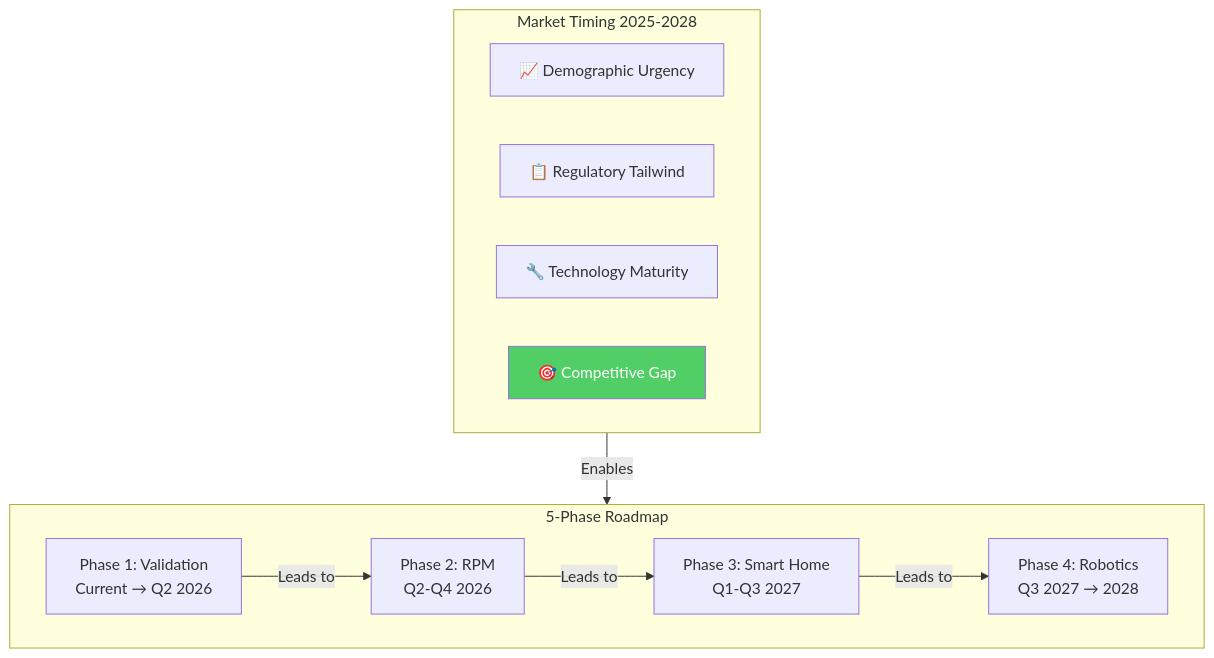
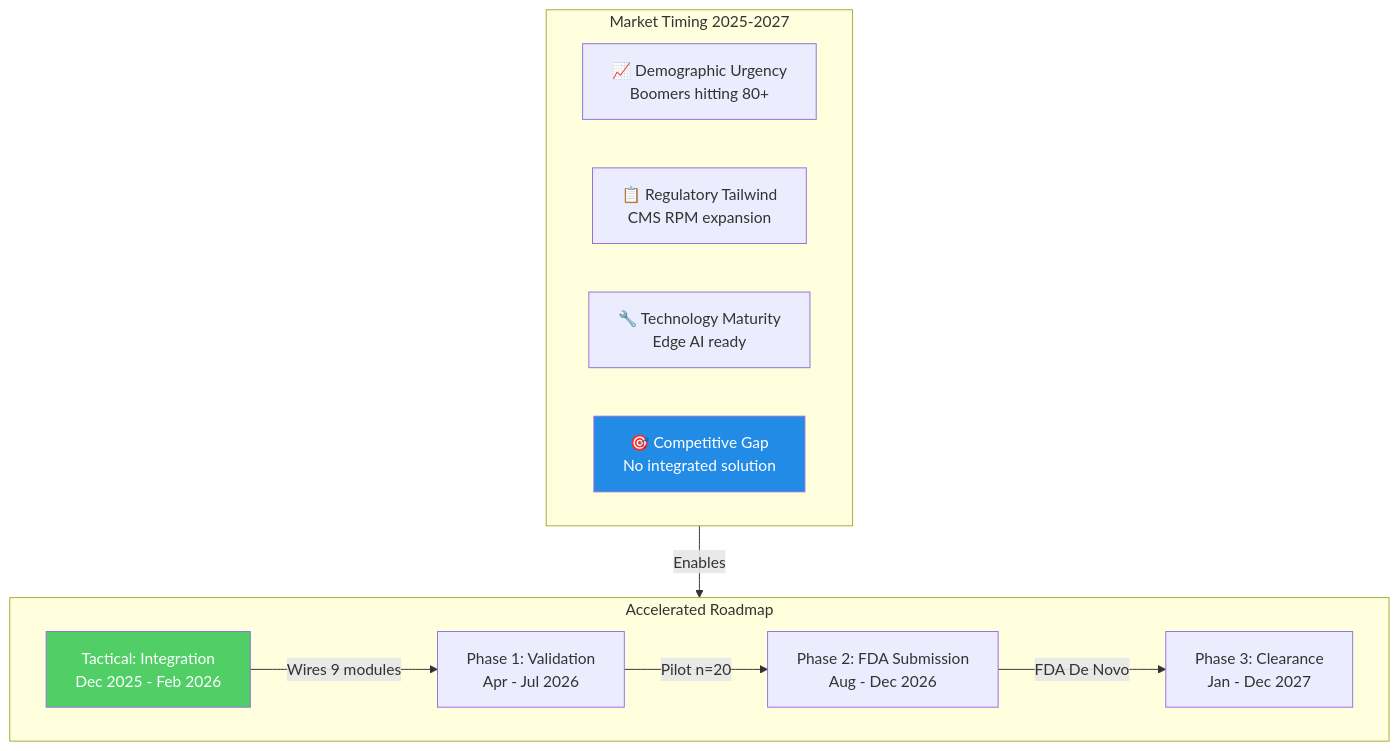
The eighth of 11 diagrams in docs/INVESTOR_OVERVIEW.md (asq-sheriff/SHOWCASE_REPO-Therapeutic_AI_Companion), drawn with Mermaid before and after one commit. The commit also changed other lines of this file and 7 other files, not shown here.

First line of the commit message:
docs: Sync all documentation with current state and accelerated roadmap

````diff
--- a/docs/INVESTOR_OVERVIEW.md
+++ b/docs/INVESTOR_OVERVIEW.md
@@ -441,23 +447,24 @@
 ```mermaid
 flowchart TD
-    subgraph Window["Market Timing 2025-2028"]
-        W1["📈 Demographic Urgency"]
-        W2["📋 Regulatory Tailwind"]
-        W3["🔧 Technology Maturity"]
-        W4["🎯 Competitive Gap"]
+    subgraph Window["Market Timing 2025-2027"]
+        W1["📈 Demographic Urgency<br/>Boomers hitting 80+"]
+        W2["📋 Regulatory Tailwind<br/>CMS RPM expansion"]
+        W3["🔧 Technology Maturity<br/>Edge AI ready"]
+        W4["🎯 Competitive Gap<br/>No integrated solution"]
     end
 
-    subgraph Phases["5-Phase Roadmap"]
-        P1["Phase 1: Validation<br/>Current → Q2 2026"]
-        P2["Phase 2: RPM<br/>Q2-Q4 2026"]
-        P3["Phase 3: Smart Home<br/>Q1-Q3 2027"]
-        P4["Phase 4: Robotics<br/>Q3 2027 → 2028"]
+    subgraph Phases["Accelerated Roadmap"]
+        P1["Tactical: Integration<br/>Dec 2025 - Feb 2026"]
+        P2["Phase 1: Validation<br/>Apr - Jul 2026"]
+        P3["Phase 2: FDA Submission<br/>Aug - Dec 2026"]
+        P4["Phase 3: Clearance<br/>Jan - Dec 2027"]
     end
 
     Window -->|"Enables"| Phases
-    P1 -->|"Leads to"| P2
-    P2 -->|"Leads to"| P3
-    P3 -->|"Leads to"| P4
+    P1 -->|"Wires 9 modules"| P2
+    P2 -->|"Pilot n=20"| P3
+    P3 -->|"FDA De Novo"| P4
 
-    style W4 fill:#51cf66,color:#fff
+    style P1 fill:#51cf66,color:#fff
+    style W4 fill:#228be6,color:#fff
 ```
````
